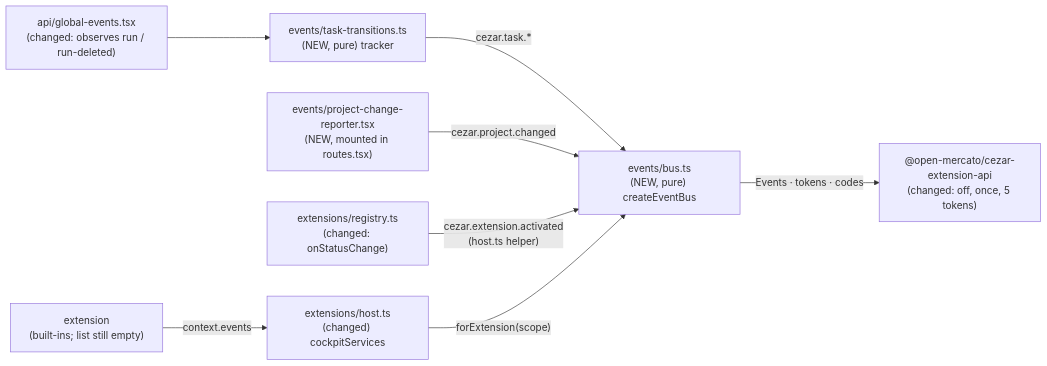
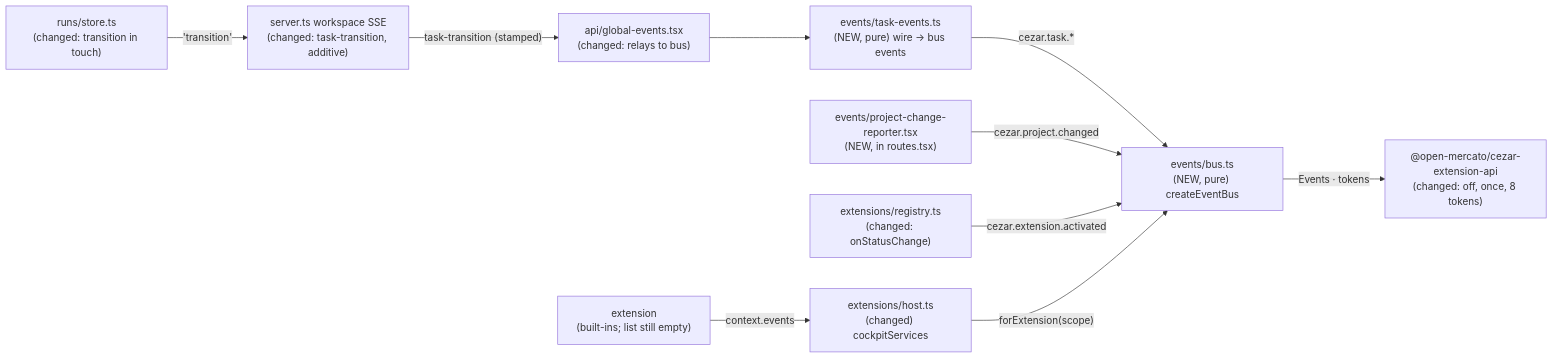
The diagram in .ai/specs/2026-09-19-extension-event-api.md (DarrenStasiakDev4You/cezar-hackathon-ale-patryk-nazywa-go-brutusem), drawn with Mermaid before and after one commit. The commit also changed other lines of this file, not shown here.

First line of the commit message:
docs(specs): apply owner decisions to extension-event-api

````diff
--- a/.ai/specs/2026-09-19-extension-event-api.md
+++ b/.ai/specs/2026-09-19-extension-event-api.md
@@ -127,10 +140,12 @@
 ```mermaid
 flowchart LR
-  ge["api/global-events.tsx<br/>(changed: observes run / run-deleted)"] --> tt["events/task-transitions.ts<br/>(NEW, pure) tracker"]
-  tt -->|"cezar.task.*"| bus["events/bus.ts<br/>(NEW, pure) createEventBus"]
-  pr["events/project-change-reporter.tsx<br/>(NEW, mounted in routes.tsx)"] -->|"cezar.project.changed"| bus
-  reg["extensions/registry.ts<br/>(changed: onStatusChange)"] -->|"cezar.extension.activated<br/>(host.ts helper)"| bus
+  store["runs/store.ts<br/>(changed: transition in touch)"] -->|"'transition'"| sse["server.ts workspace SSE<br/>(changed: task-transition, additive)"]
+  sse -->|"task-transition (stamped)"| ge["api/global-events.tsx<br/>(changed: relays to bus)"]
+  ge --> map["events/task-events.ts<br/>(NEW, pure) wire → bus events"]
+  map -->|"cezar.task.*"| bus["events/bus.ts<br/>(NEW, pure) createEventBus"]
+  pr["events/project-change-reporter.tsx<br/>(NEW, in routes.tsx)"] -->|"cezar.project.changed"| bus
+  reg["extensions/registry.ts<br/>(changed: onStatusChange)"] -->|"cezar.extension.activated"| bus
   host["extensions/host.ts<br/>(changed) cockpitServices"] -->|"forExtension(scope)"| bus
   ext["extension<br/>(built-ins; list still empty)"] -->|"context.events"| host
-  bus -->|"Events · tokens · codes"| api["@open-mercato/cezar-extension-api<br/>(changed: off, once, 5 tokens)"]
+  bus -->|"Events · tokens"| api["@open-mercato/cezar-extension-api<br/>(changed: off, once, 8 tokens)"]
 ```
````
